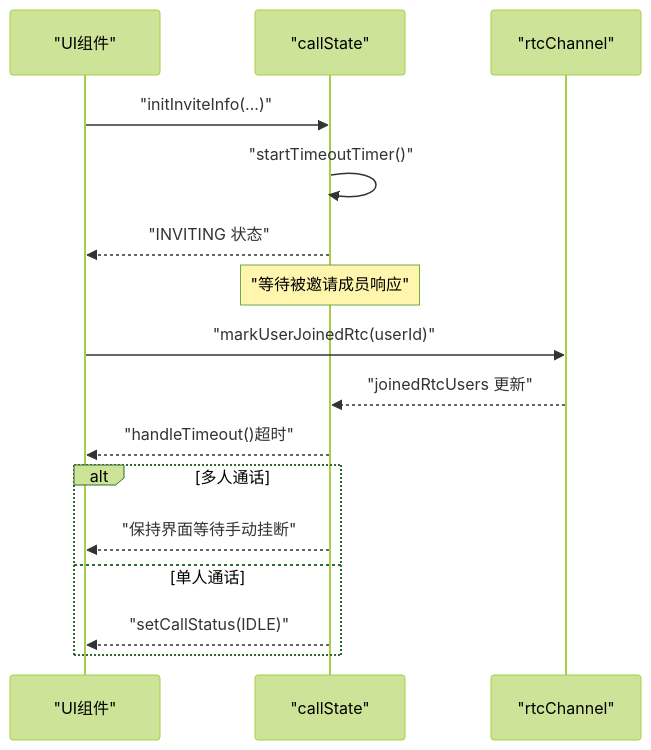
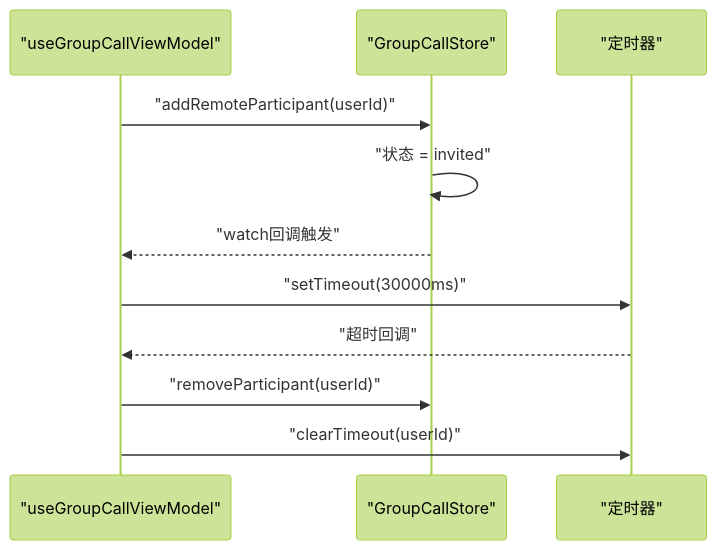
The fourth of 7 diagrams in .qoder/repowiki/zh/content/核心组件/群组通话组件/群组成员管理.md (Easemob-Community/easemob-uikit-callkit-vue3), drawn with Mermaid (forest theme) before and after one commit. The commit also changed other lines of this file and 54 other files, not shown here.

````diff
--- a/.qoder/repowiki/zh/content/核心组件/群组通话组件/群组成员管理.md
+++ b/.qoder/repowiki/zh/content/核心组件/群组通话组件/群组成员管理.md
@@ -171,18 +190,13 @@
 ```mermaid
 sequenceDiagram
-participant UI as "UI组件"
-participant CS as "callState"
-participant RC as "rtcChannel"
-UI->>CS : "initInviteInfo(...)"
-CS->>CS : "startTimeoutTimer()"
-CS-->>UI : "INVITING 状态"
-Note over CS : "等待被邀请成员响应"
-UI->>RC : "markUserJoinedRtc(userId)"
-RC-->>CS : "joinedRtcUsers 更新"
-CS-->>UI : "handleTimeout()超时"
-alt 多人通话
-CS-->>UI : "保持界面等待手动挂断"
-else 单人通话
-CS-->>UI : "setCallStatus(IDLE)"
-end
+participant VM as "useGroupCallViewModel"
+participant Store as "GroupCallStore"
+participant Timer as "定时器"
+VM->>Store : "addRemoteParticipant(userId)"
+Store->>Store : "状态 = invited"
+Store-->>VM : "watch回调触发"
+VM->>Timer : "setTimeout(30000ms)"
+Timer-->>VM : "超时回调"
+VM->>Store : "removeParticipant(userId)"
+VM->>Timer : "clearTimeout(userId)"
 ```
````
